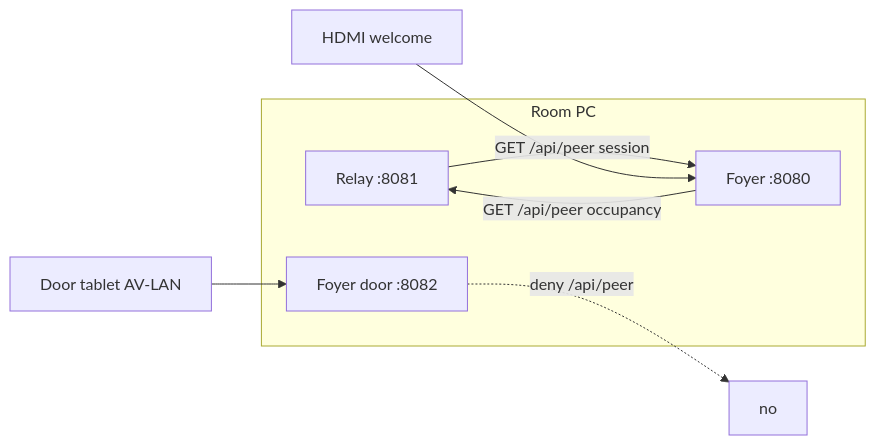
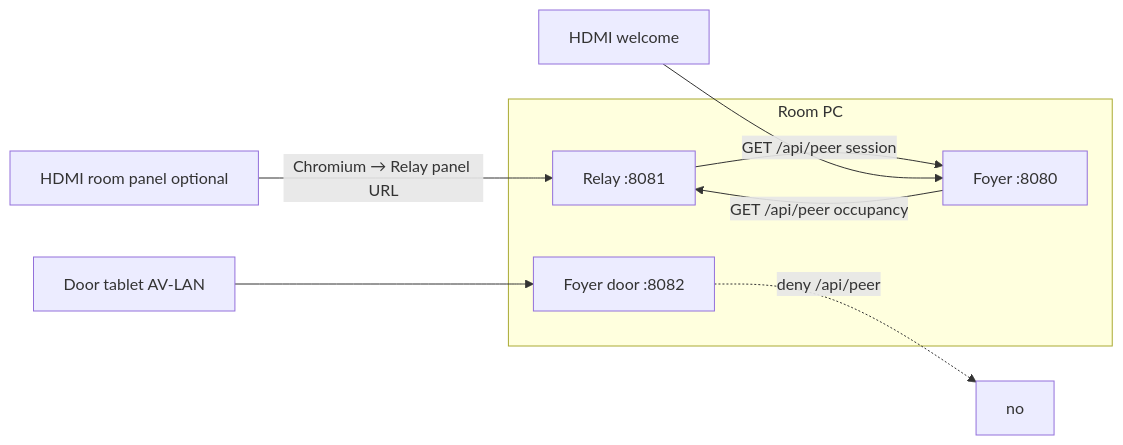
One commit to richardosseweijer/Relay-AV-Room-Control- changed the diagram in FOYER-RELAY.md. Above: the diagram before and after it, drawn with Mermaid. The commit also changed other lines of this file and 9 other files, not shown here.

First line of the commit message:
docs(r1): panel via Foyer — disable relay-kiosk on dual-head

````diff
--- a/FOYER-RELAY.md
+++ b/FOYER-RELAY.md
@@ -51,15 +51,17 @@
 ```mermaid
 flowchart LR
   subgraph pc [Room PC]
     R["Relay :8081"]
     F["Foyer :8080"]
     P["Foyer door :8082"]
   end
   Tab["Door tablet AV-LAN"]
-  Kiosk["HDMI welcome"]
+  Welcome["HDMI welcome"]
+  RoomPanel["HDMI room panel optional"]
   F -->|"GET /api/peer occupancy"| R
   R -->|"GET /api/peer session"| F
-  Kiosk --> F
+  Welcome --> F
+  RoomPanel -->|"Chromium → Relay panel URL"| R
   Tab --> P
   P -.->|"deny /api/peer"| X[no]
 ```
````
